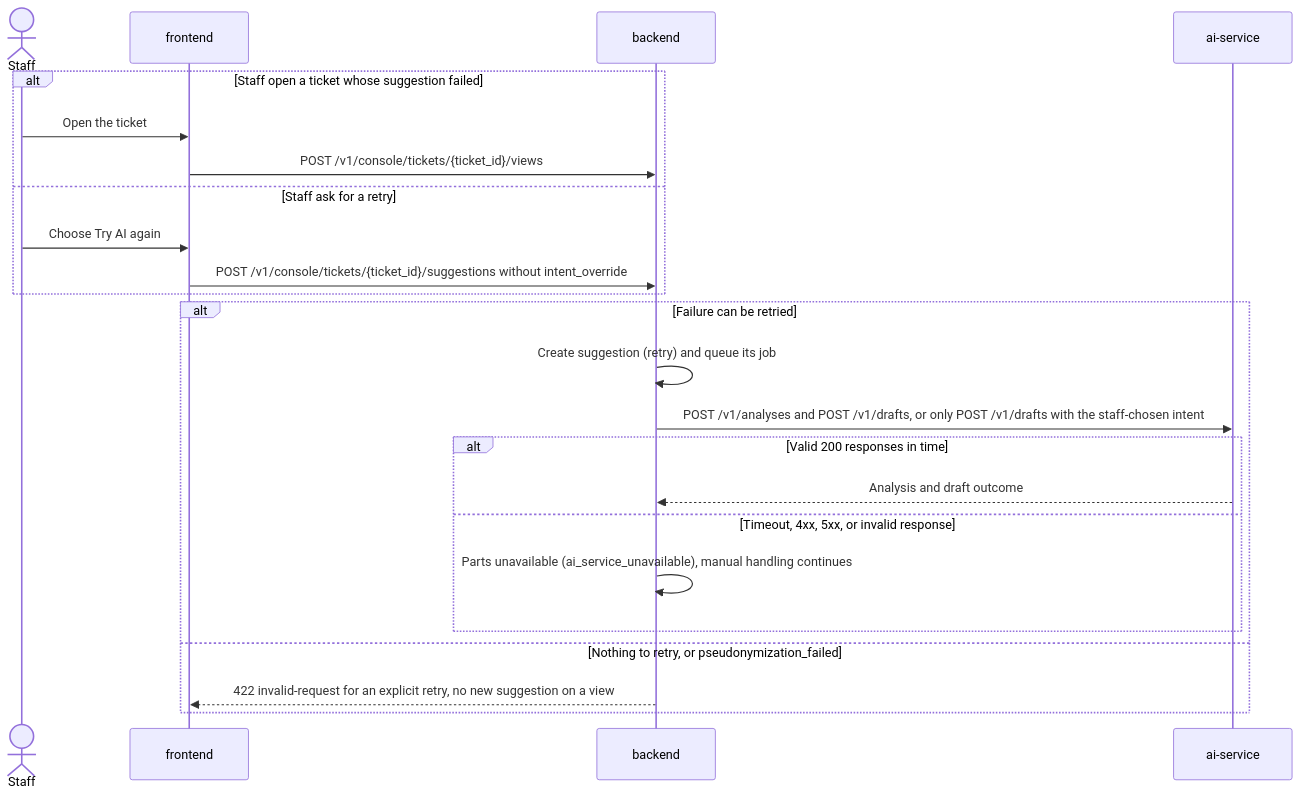
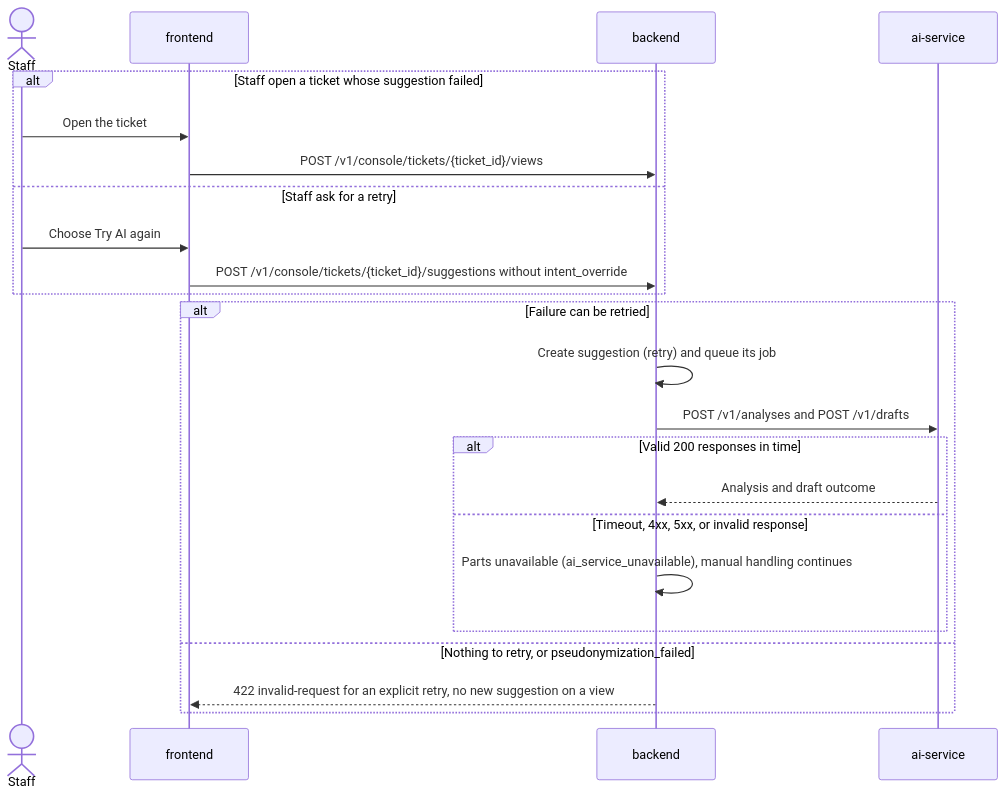
The fifth of 5 diagrams in docs/design/contracts-v1.md (ml-system-design-nhom-5/SupportIQ), drawn with Mermaid before and after one commit. The commit also changed other lines of this file and 1898 other files, not shown here.

````diff
--- a/docs/design/contracts-v1.md
+++ b/docs/design/contracts-v1.md
@@ -345,25 +338,25 @@
 ```mermaid
 sequenceDiagram
     actor Staff
     participant FE as frontend
     participant BE as backend
     participant AI as ai-service
     alt Staff open a ticket whose suggestion failed
         Staff->>FE: Open the ticket
         FE->>BE: POST /v1/console/tickets/{ticket_id}/views
     else Staff ask for a retry
         Staff->>FE: Choose Try AI again
         FE->>BE: POST /v1/console/tickets/{ticket_id}/suggestions without intent_override
     end
     alt Failure can be retried
         BE->>BE: Create suggestion (retry) and queue its job
-        BE->>AI: POST /v1/analyses and POST /v1/drafts, or only POST /v1/drafts with the staff-chosen intent
+        BE->>AI: POST /v1/analyses and POST /v1/drafts
         alt Valid 200 responses in time
             AI-->>BE: Analysis and draft outcome
         else Timeout, 4xx, 5xx, or invalid response
             BE->>BE: Parts unavailable (ai_service_unavailable), manual handling continues
         end
     else Nothing to retry, or pseudonymization_failed
         BE-->>FE: 422 invalid-request for an explicit retry, no new suggestion on a view
     end
 ```
````
